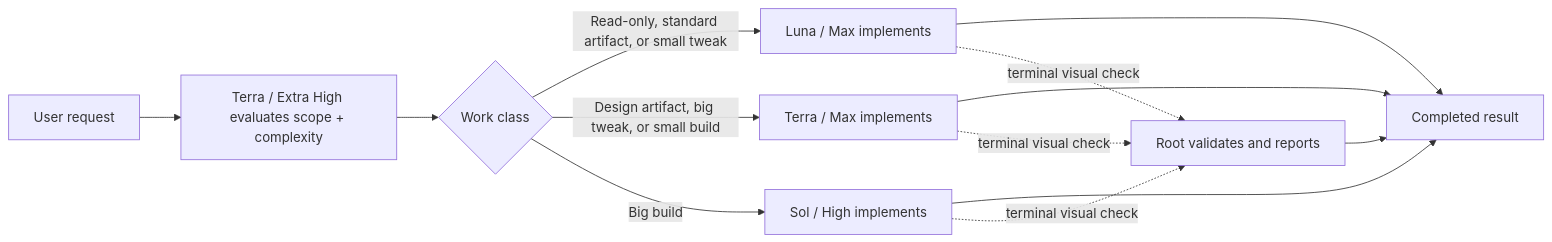
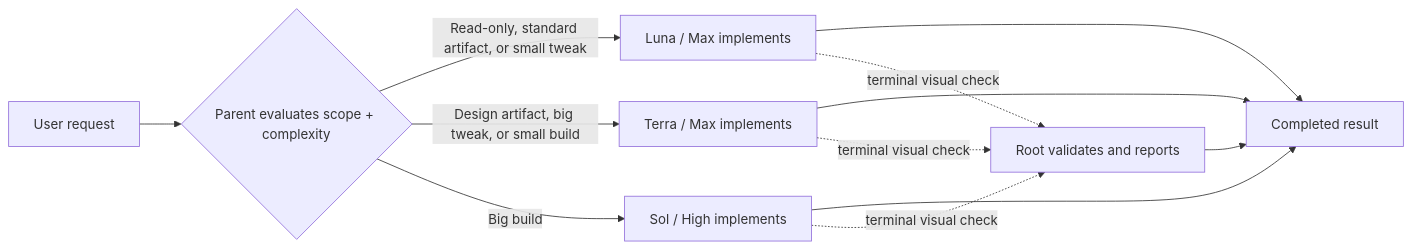
Before and after one commit to jessejaffe/codex-orchestration: the diagram in README.md, drawn with Mermaid. The commit also changed other lines of this file and 9 other files, not shown here.

````diff
--- a/README.md
+++ b/README.md
@@ -20,15 +21,14 @@
 ```mermaid
 flowchart LR
-    U["User request"] --> C["Terra / Extra High evaluates scope + complexity"]
-    C --> R{"Work class"}
+    U["User request"] --> R{"Parent evaluates scope + complexity"}
     R -->|"Read-only, standard artifact, or small tweak"| L["Luna / Max implements"]
     R -->|"Design artifact, big tweak, or small build"| T["Terra / Max implements"]
     R -->|"Big build"| S["Sol / High implements"]
     L --> D["Completed result"]
     T --> D
     S --> D
     L -. "terminal visual check" .-> V["Root validates and reports"]
     T -. "terminal visual check" .-> V
     S -. "terminal visual check" .-> V
     V --> D
 ```
````
